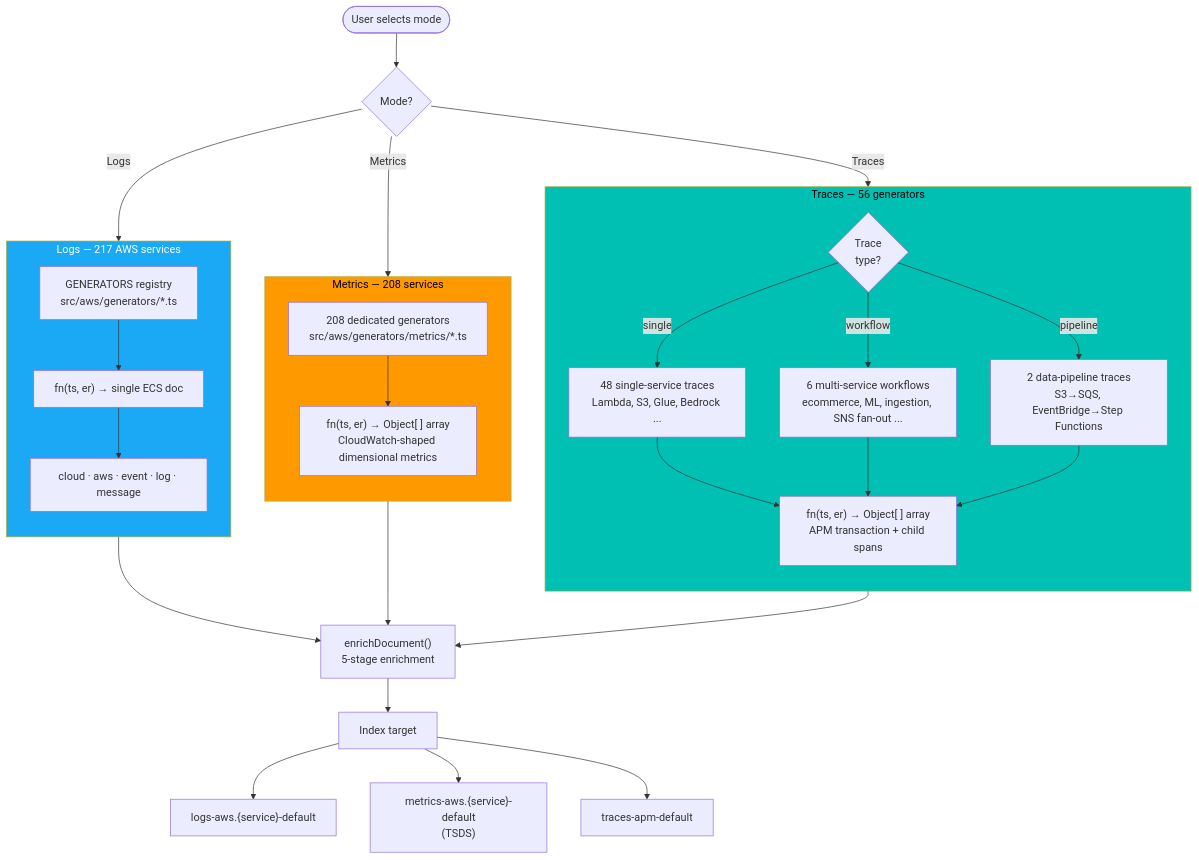
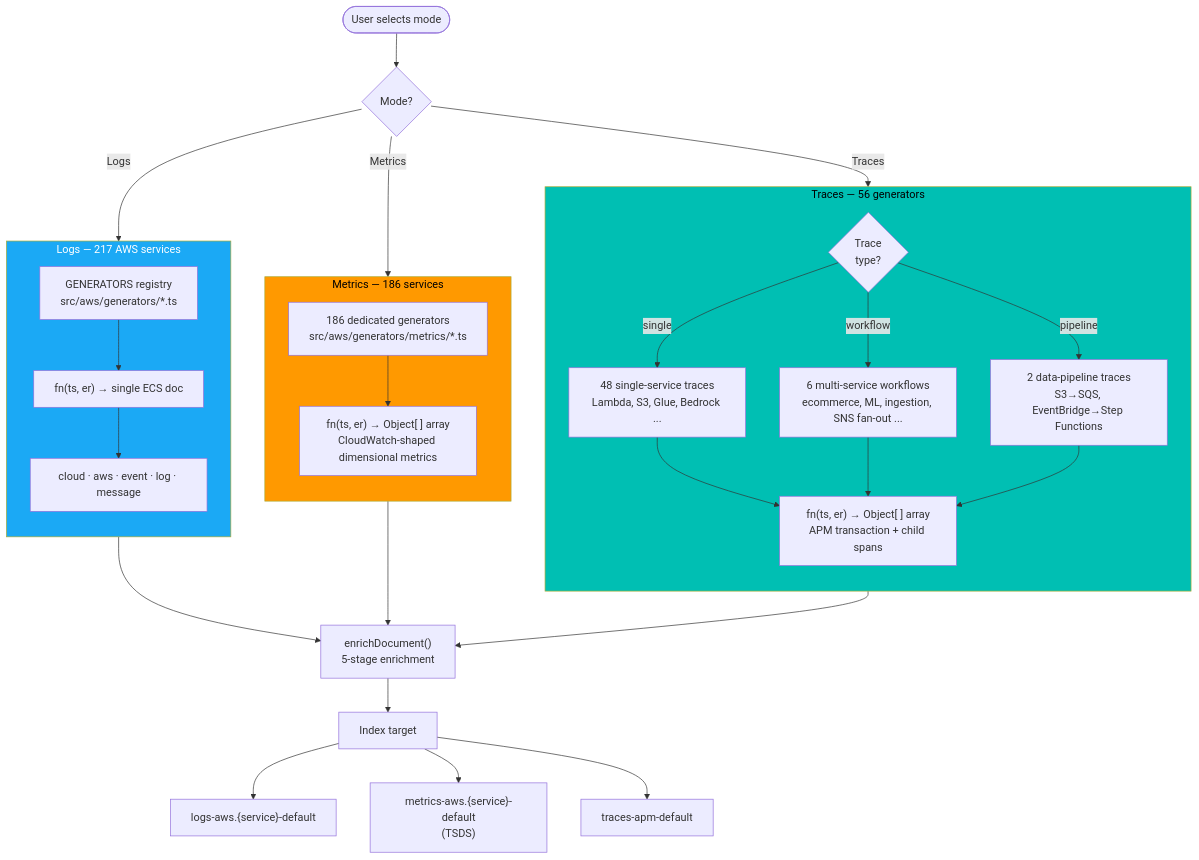
One commit to rkernutt/cloud-to-elastic-load-generator changed the fifth of 14 diagrams in docs/diagrams.md. Above: the diagram before and after it, drawn with Mermaid. The commit also changed other lines of this file and 7 other files, not shown here.

````diff
--- a/docs/diagrams.md
+++ b/docs/diagrams.md
@@ -338,51 +338,51 @@
 ```mermaid
 flowchart TD
     UI(["User selects mode"]) --> SWITCH{"Mode?"}
 
     SWITCH -->|"Logs"| LOGS
     SWITCH -->|"Metrics"| METRICS
     SWITCH -->|"Traces"| TRACES
 
     subgraph LOGS["Logs — 217 AWS services"]
         direction TB
         L1["GENERATORS registry\nsrc/aws/generators/*.ts"]
         L2["fn(ts, er) → single ECS doc"]
         L3["cloud · aws · event · log · message"]
         L1 --> L2 --> L3
     end
 
-    subgraph METRICS["Metrics — 208 services"]
+    subgraph METRICS["Metrics — 186 services"]
         direction TB
-        M1["208 dedicated generators\nsrc/aws/generators/metrics/*.ts"]
+        M1["186 dedicated generators\nsrc/aws/generators/metrics/*.ts"]
         M2["fn(ts, er) → Object[ ] array\nCloudWatch-shaped dimensional metrics"]
         M1 --> M2
     end
 
     subgraph TRACES["Traces — 56 generators"]
         direction TB
         T1{"Trace\ntype?"}
         T2["48 single-service traces\nLambda, S3, Glue, Bedrock ..."]
         T3["6 multi-service workflows\necommerce, ML, ingestion, SNS fan-out ..."]
         T4["2 data-pipeline traces\nS3→SQS, EventBridge→Step Functions"]
         T5["fn(ts, er) → Object[ ] array\nAPM transaction + child spans"]
         T1 -->|"single"| T2 --> T5
         T1 -->|"workflow"| T3 --> T5
         T1 -->|"pipeline"| T4 --> T5
     end
 
     LOGS --> ENR
     METRICS --> ENR
     TRACES --> ENR
 
     ENR["enrichDocument()\n5-stage enrichment"]
     ENR --> IDX
 
     IDX["Index target"]
     IDX --> IDX_L["logs-aws.{service}-default"]
     IDX --> IDX_M["metrics-aws.{service}-default\n(TSDS)"]
     IDX --> IDX_T["traces-apm-default"]
 
     style LOGS fill:#1BA9F5,color:#fff
     style METRICS fill:#FF9900,color:#000
     style TRACES fill:#00BFB3,color:#000
 ```
````
